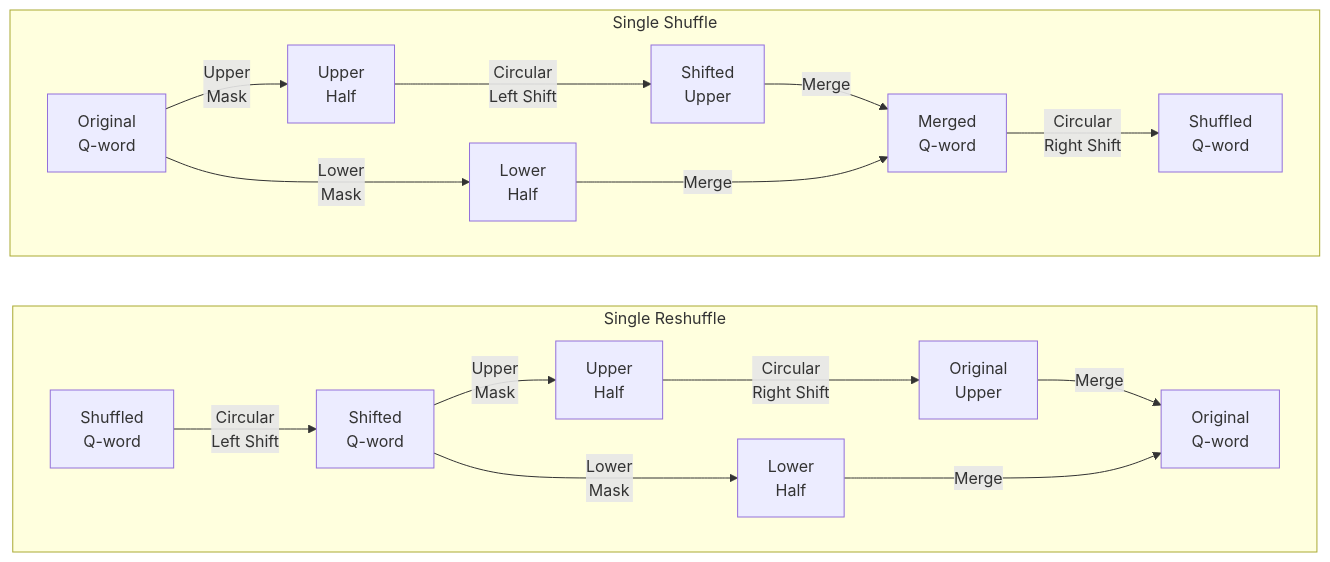
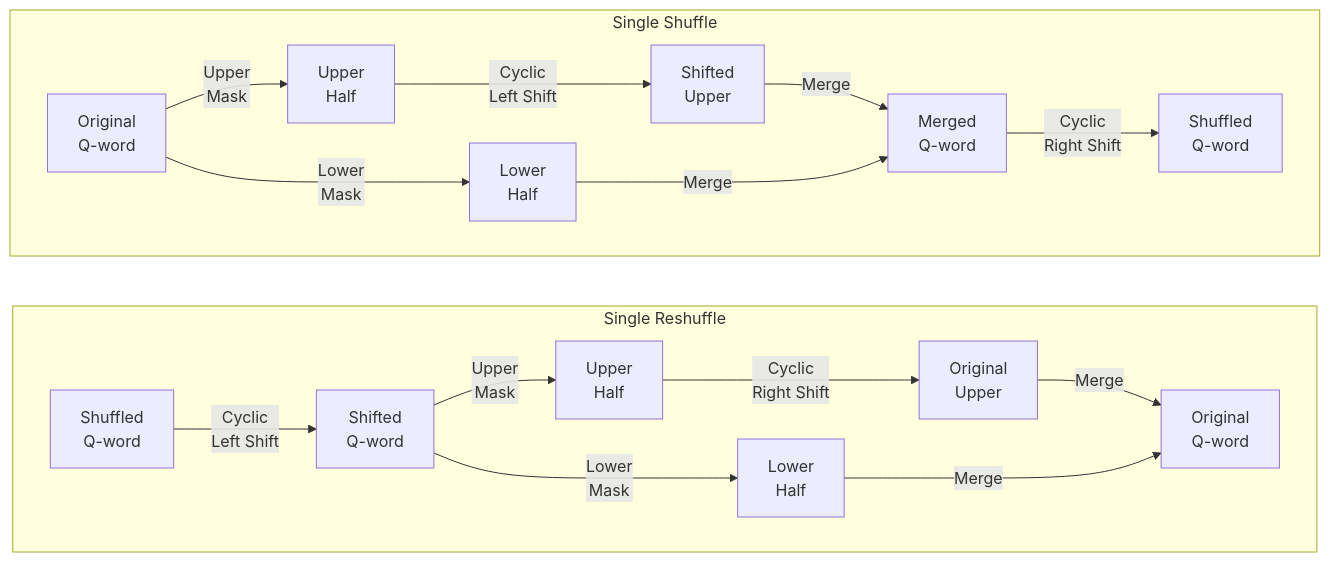
The third of 3 diagrams in README.md (RichadoWonosas/RWSE2), drawn with Mermaid before and after one commit. The commit also changed other lines of this file, not shown here.

````diff
--- a/README.md
+++ b/README.md
@@ -308,33 +308,33 @@
 ```mermaid
 flowchart LR
     subgraph Single Reshuffle
         direction LR
         A1[Original\nQ-word]
         B1[Original\nUpper]
         C1[Lower\nHalf]
         D1[Upper\nHalf]
         E1[Shifted\nQ-word]
         F1[Shuffled\nQ-word]
-        F1--Circular\nLeft Shift-->E1
+        F1--Cyclic\nLeft Shift-->E1
         E1--Upper\nMask-->D1
-        D1--Circular\nRight Shift--->B1
+        D1--Cyclic\nRight Shift--->B1
         E1--Lower\nMask-->C1
         B1--Merge-->A1
         C1--Merge--->A1
     end
     subgraph Single Shuffle
         direction LR
         A[Original\nQ-word]
         B[Upper\nHalf]
         C[Lower\nHalf]
         D[Shifted\nUpper]
         E[Merged\nQ-word]
         F[Shuffled\nQ-word]
         A--Upper\nMask-->B
         A--Lower\nMask-->C
-        B--Circular\nLeft Shift--->D
+        B--Cyclic\nLeft Shift--->D
         D--Merge-->E
         C--Merge--->E
-        E--Circular\nRight Shift-->F
+        E--Cyclic\nRight Shift-->F
     end
 ```
````
